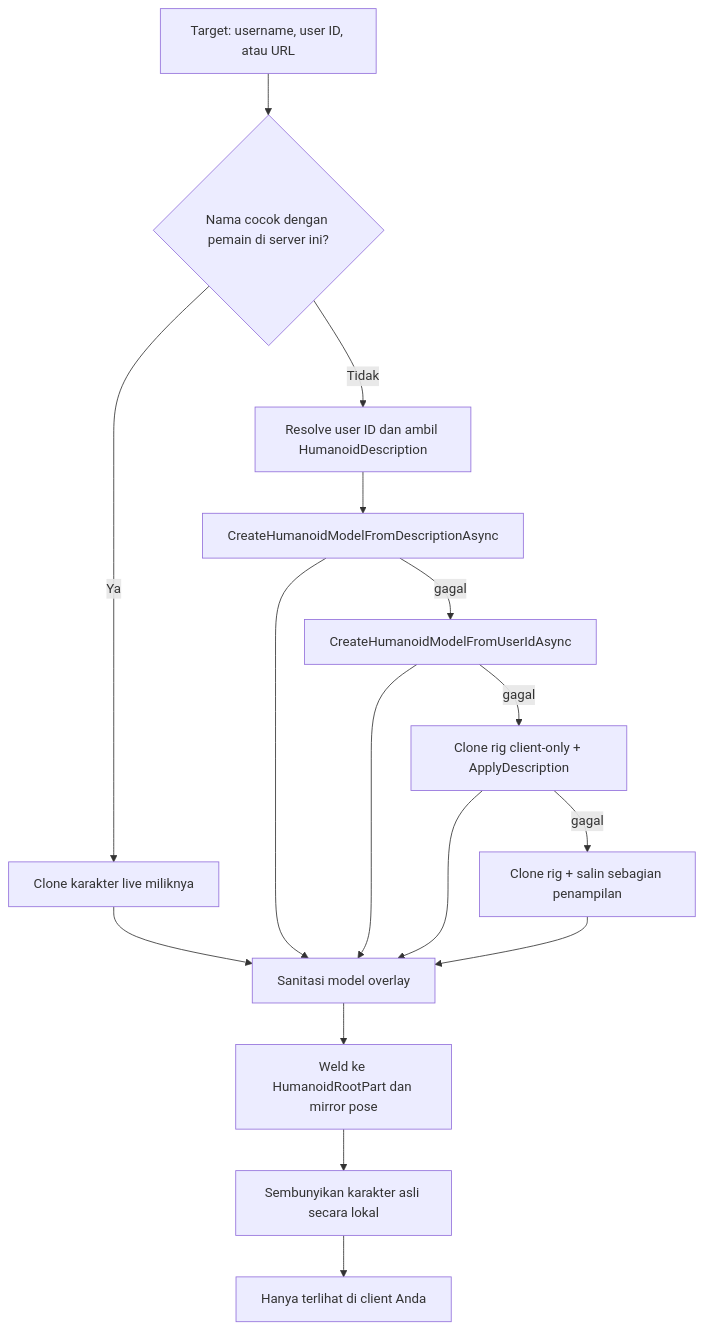
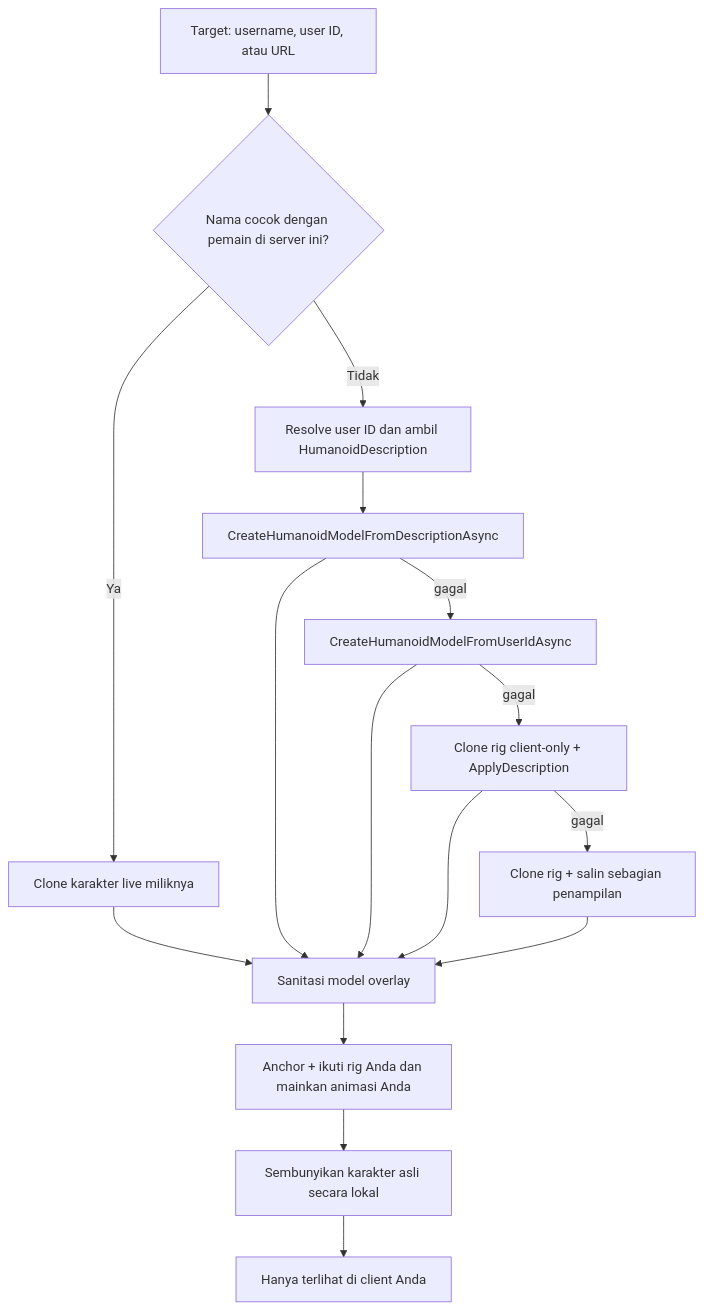
The diagram in README.id.md (ArchDityaa/avatar-copier), drawn with Mermaid before and after one commit. The commit also changed other lines of this file and 6 other files, not shown here.

````diff
--- a/README.id.md
+++ b/README.id.md
@@ -164,18 +164,18 @@
 ```mermaid
 flowchart TD
     A[Target: username, user ID, atau URL] --> B{Nama cocok dengan pemain di server ini?}
     B -- Ya --> C[Clone karakter live miliknya]
     B -- Tidak --> D[Resolve user ID dan ambil HumanoidDescription]
     D --> E[CreateHumanoidModelFromDescriptionAsync]
     E -- gagal --> F[CreateHumanoidModelFromUserIdAsync]
     F -- gagal --> G[Clone rig client-only + ApplyDescription]
     G -- gagal --> H[Clone rig + salin sebagian penampilan]
     C --> I[Sanitasi model overlay]
     E --> I
     F --> I
     G --> I
     H --> I
-    I --> J[Weld ke HumanoidRootPart dan mirror pose]
+    I --> J[Anchor + ikuti rig Anda dan mainkan animasi Anda]
     J --> K[Sembunyikan karakter asli secara lokal]
     K --> L[Hanya terlihat di client Anda]
 ```
````
